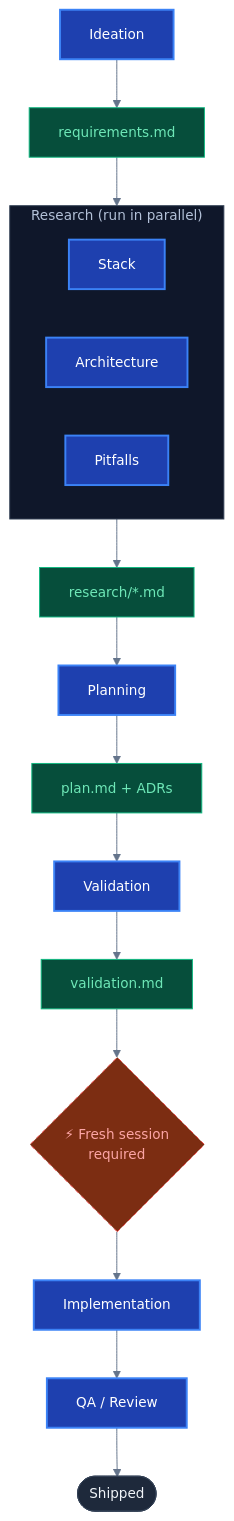
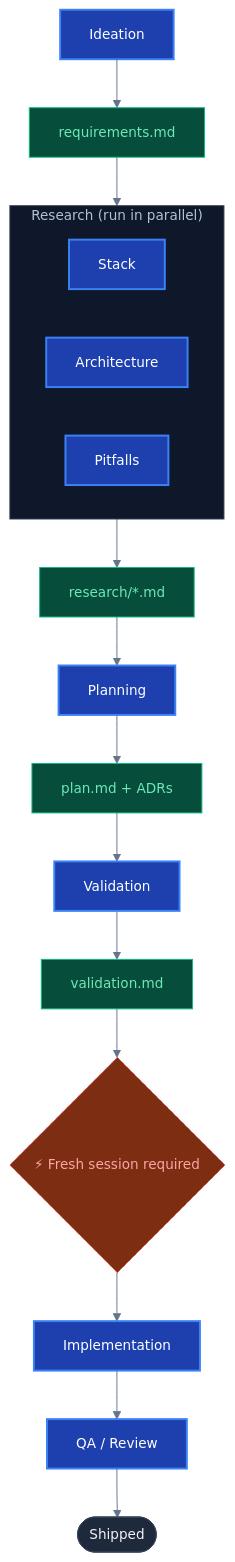
Before and after one commit to tstapler/personal-website: the diagram in content/blog/manifest-driven-development/index.md, drawn with Mermaid.

Commit message:
fix: use space instead of \n in mermaid gate label for SVG text mode
htmlLabels: false uses SVG text elements which don't interpret \n as a
line break, causing "Fresh sessionrequired" to run together.

````diff
--- a/content/blog/manifest-driven-development/index.md
+++ b/content/blog/manifest-driven-development/index.md
@@ -69,36 +69,36 @@
 ```mermaid
 %%{init: {'theme': 'base', 'themeVariables': {
   'primaryColor': '#1E293B', 'primaryTextColor': '#F1F5F9',
   'primaryBorderColor': '#334155', 'lineColor': '#64748B',
   'clusterBkg': '#0F172A', 'clusterBorder': '#334155',
   'edgeLabelBackground': '#1E293B', 'fontFamily': 'ui-sans-serif, system-ui', 'fontSize': '14px'
 }}}%%
 flowchart TD
   classDef phase    fill:#1E40AF,stroke:#3B82F6,color:#fff,stroke-width:2px
   classDef artifact fill:#064E3B,stroke:#10B981,color:#6EE7B7
   classDef gate     fill:#7C2D12,stroke:#EF4444,color:#FCA5A5,stroke-dasharray:4 4
 
   I[Ideation]:::phase --> R1[requirements.md]:::artifact
   R1 --> RS
 
   subgraph RS["Research (run in parallel)"]
     direction LR
     RA[Stack]:::phase
     RB[Architecture]:::phase
     RC[Pitfalls]:::phase
   end
 
   RS --> PL["research/*.md"]:::artifact
   PL --> P[Planning]:::phase
   P --> PM["plan.md + ADRs"]:::artifact
   PM --> V[Validation]:::phase
   V --> VM[validation.md]:::artifact
 
-  VM --> G{"⚡ Fresh session\nrequired"}:::gate
+  VM --> G{"⚡ Fresh session required"}:::gate
 
   G --> Im[Implementation]:::phase
   Im --> QA[QA / Review]:::phase
   QA --> Done([Shipped])
 
   style RS fill:#0F172A,stroke:#334155
 ```
````
